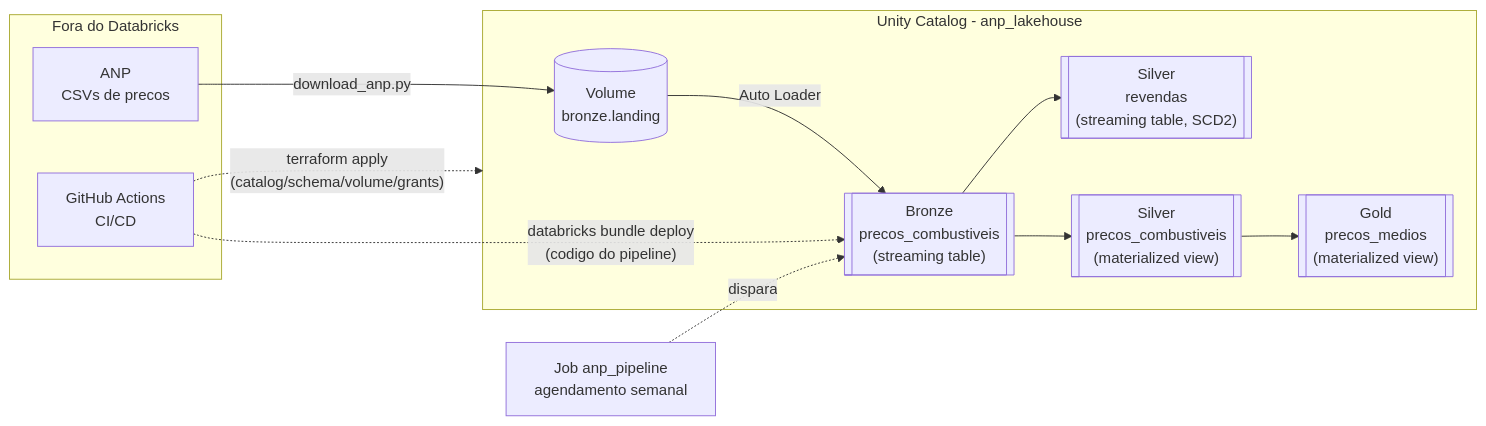
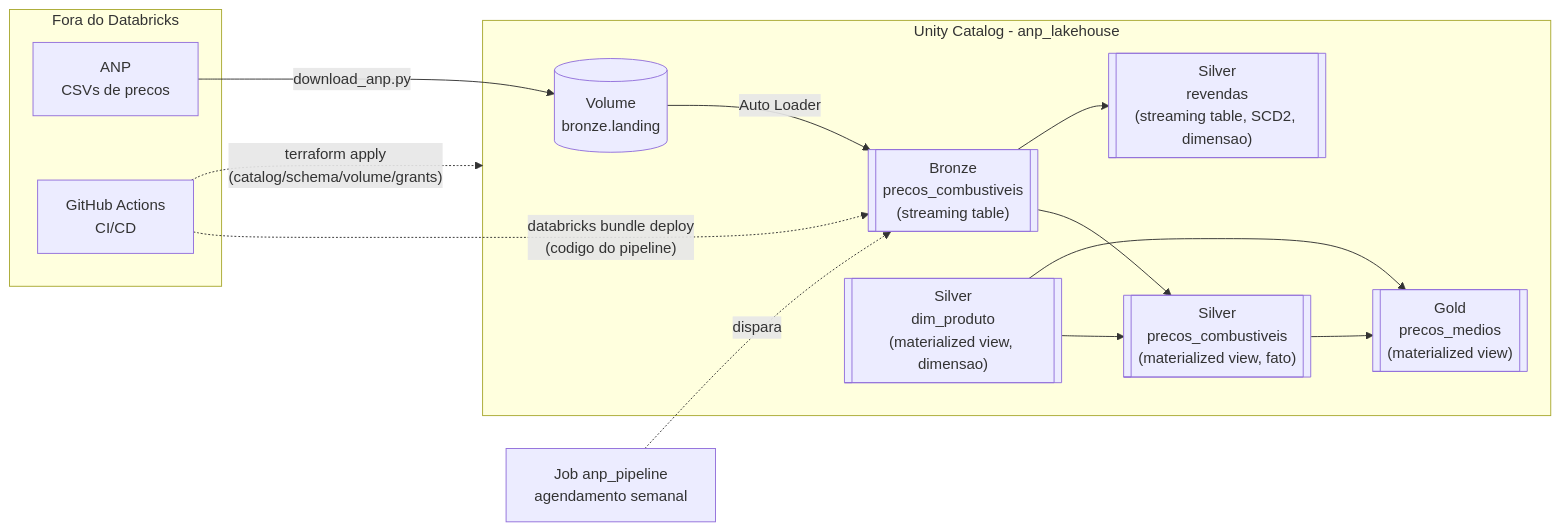
One commit to lucasyn3/anp-fuel-lakehouse changed the first of 2 diagrams in README.md. Above: the diagram before and after it, drawn with Mermaid. The commit also changed other lines of this file and 3 other files, not shown here.

First line of the commit message:
Adiciona dim_produto: star schema completo com 2 dimensoes

````diff
--- a/README.md
+++ b/README.md
@@ -20,26 +20,29 @@
 ```mermaid
 flowchart LR
     subgraph ext["Fora do Databricks"]
         anp["ANP<br/>CSVs de precos"]
         ci["GitHub Actions<br/>CI/CD"]
     end
 
     subgraph uc["Unity Catalog - anp_lakehouse"]
         vol[("Volume<br/>bronze.landing")]
         bronze[["Bronze<br/>precos_combustiveis<br/>(streaming table)"]]
-        silver_fact[["Silver<br/>precos_combustiveis<br/>(materialized view)"]]
-        silver_dim[["Silver<br/>revendas<br/>(streaming table, SCD2)"]]
+        silver_fact[["Silver<br/>precos_combustiveis<br/>(materialized view, fato)"]]
+        silver_dim[["Silver<br/>revendas<br/>(streaming table, SCD2, dimensao)"]]
+        silver_dim_produto[["Silver<br/>dim_produto<br/>(materialized view, dimensao)"]]
         gold[["Gold<br/>precos_medios<br/>(materialized view)"]]
     end
 
     job["Job anp_pipeline<br/>agendamento semanal"]
 
     anp -->|"download_anp.py"| vol
     vol -->|"Auto Loader"| bronze
     bronze --> silver_fact
     bronze --> silver_dim
+    silver_dim_produto --> silver_fact
     silver_fact --> gold
+    silver_dim_produto --> gold
     job -.dispara.-> bronze
     ci -.-> |"databricks bundle deploy<br/>(codigo do pipeline)"| bronze
     ci -.-> |"terraform apply<br/>(catalog/schema/volume/grants)"| uc
 ```
````
